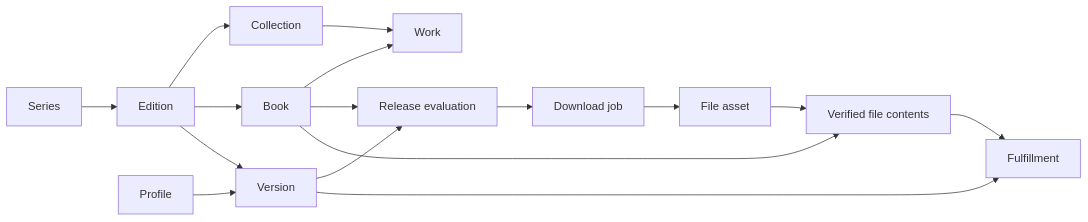
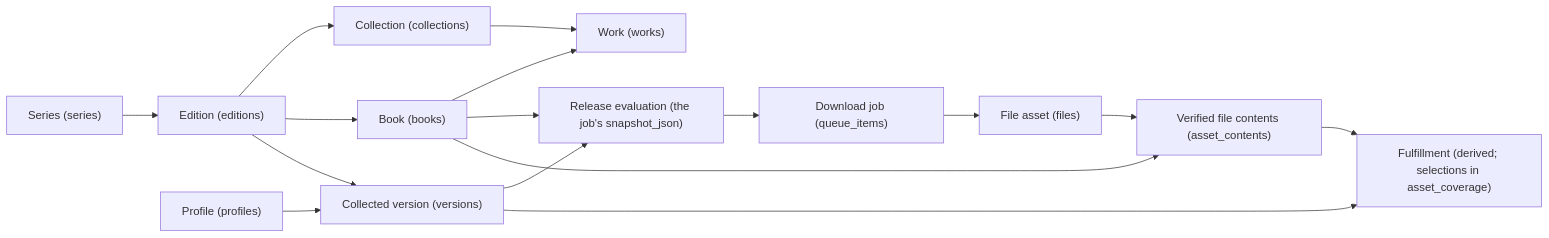
The diagram in docs/domain/editions.md (h-wb/sento), drawn with Mermaid before and after one commit. The commit also changed other lines of this file and 297 other files, not shown here.

````diff
--- a/docs/domain/editions.md
+++ b/docs/domain/editions.md
@@ -19,18 +23,18 @@
 ```mermaid
 flowchart LR
-  Series --> Edition
-  Edition --> Collection
-  Edition --> Book
-  Collection --> Work
+  Series["Series (series)"] --> Edition["Edition (editions)"]
+  Edition --> Collection["Collection (collections)"]
+  Edition --> Book["Book (books)"]
+  Collection --> Work["Work (works)"]
   Book --> Work
-  Edition --> Version
-  Profile --> Version
-  Release[Release evaluation] --> Job[Download job]
+  Edition --> Version["Collected version (versions)"]
+  Profile["Profile (profiles)"] --> Version
+  Release["Release evaluation (the job's snapshot_json)"] --> Job["Download job (queue_items)"]
   Version --> Release
   Book --> Release
-  Job --> Asset[File asset]
-  Asset --> Contents[Verified file contents]
+  Job --> Asset["File asset (files)"]
+  Asset --> Contents["Verified file contents (asset_contents)"]
   Book --> Contents
-  Contents --> Fulfillment
+  Contents --> Fulfillment["Fulfillment (derived; selections in asset_coverage)"]
   Version --> Fulfillment
 ```
````
